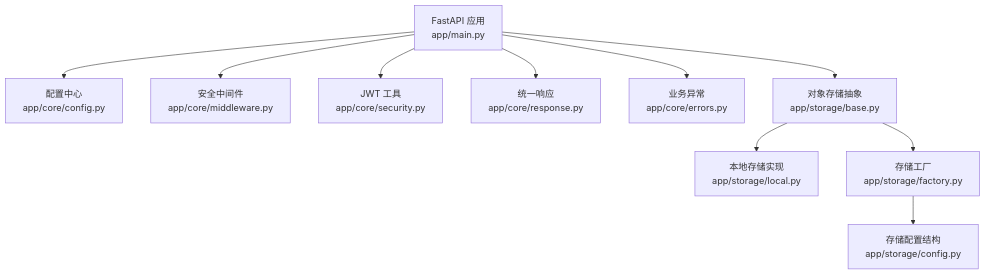
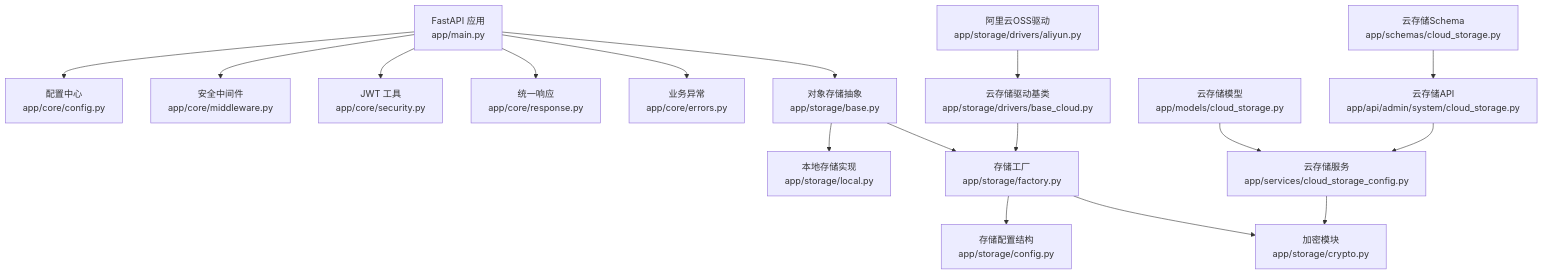
Before and after one commit to likele001/cenkor_mes: the first of 12 diagrams in .qoder/repowiki/zh/content/后端分层架构/核心基础设施（配置·安全·中间件·存储）.md, drawn with Mermaid. The commit also changed other lines of this file and 478 other files, not shown here.

````diff
--- a/.qoder/repowiki/zh/content/后端分层架构/核心基础设施（配置·安全·中间件·存储）.md
+++ b/.qoder/repowiki/zh/content/后端分层架构/核心基础设施（配置·安全·中间件·存储）.md
@@ -47,12 +74,19 @@
 ```mermaid
 graph TB
 A["FastAPI 应用<br/>app/main.py"] --> B["配置中心<br/>app/core/config.py"]
 A --> C["安全中间件<br/>app/core/middleware.py"]
 A --> D["JWT 工具<br/>app/core/security.py"]
 A --> E["统一响应<br/>app/core/response.py"]
 A --> F["业务异常<br/>app/core/errors.py"]
 A --> G["对象存储抽象<br/>app/storage/base.py"]
 G --> H["本地存储实现<br/>app/storage/local.py"]
 G --> I["存储工厂<br/>app/storage/factory.py"]
 I --> J["存储配置结构<br/>app/storage/config.py"]
+I --> K["加密模块<br/>app/storage/crypto.py"]
+L["云存储模型<br/>app/models/cloud_storage.py"] --> M["云存储服务<br/>app/services/cloud_storage_config.py"]
+M --> K
+N["云存储API<br/>app/api/admin/system/cloud_storage.py"] --> M
+O["云存储Schema<br/>app/schemas/cloud_storage.py"] --> N
+P["云存储驱动基类<br/>app/storage/drivers/base_cloud.py"] --> I
+Q["阿里云OSS驱动<br/>app/storage/drivers/aliyun.py"] --> P
 ```
````
